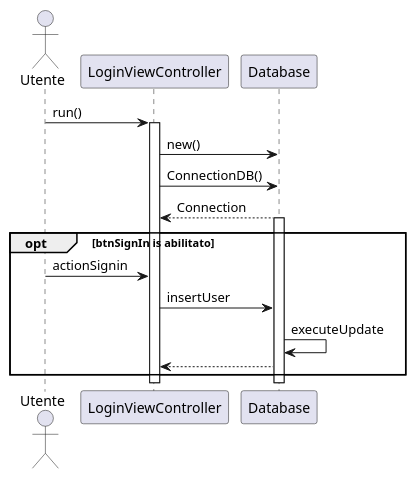
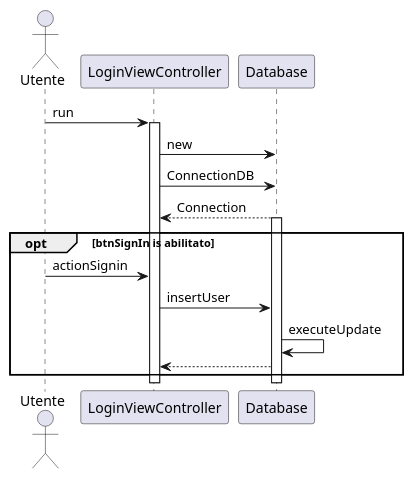
One commit to CupoMeridio/Ingegneria-del-software-2024-2025 changed the diagram in src/main/resources/SequenceDiagrams/SequenceDiagram_Registrazione.puml. Above: the diagram before and after it, drawn with PlantUML. The commit also changed 1 other file, not shown here.

```diff
--- a/src/main/resources/SequenceDiagrams/SequenceDiagram_Registrazione.puml
+++ b/src/main/resources/SequenceDiagrams/SequenceDiagram_Registrazione.puml
@@ -1,23 +1,23 @@
 @startuml
 actor Utente
 participant LoginViewController
 participant  Database
 
-Utente->LoginViewController:run()
+Utente->LoginViewController:run
 activate LoginViewController
-LoginViewController -> Database: new()
-LoginViewController -> Database: ConnectionDB()
+LoginViewController -> Database: new
+LoginViewController -> Database: ConnectionDB
 Database --> LoginViewController: Connection
 
 activate Database
 opt btnSignIn is abilitato
 Utente->LoginViewController:actionSignin
 LoginViewController -> Database: insertUser 
 
 
  Database -> Database: executeUpdate
 
 Database --> LoginViewController
 end
 
 @enduml
```
